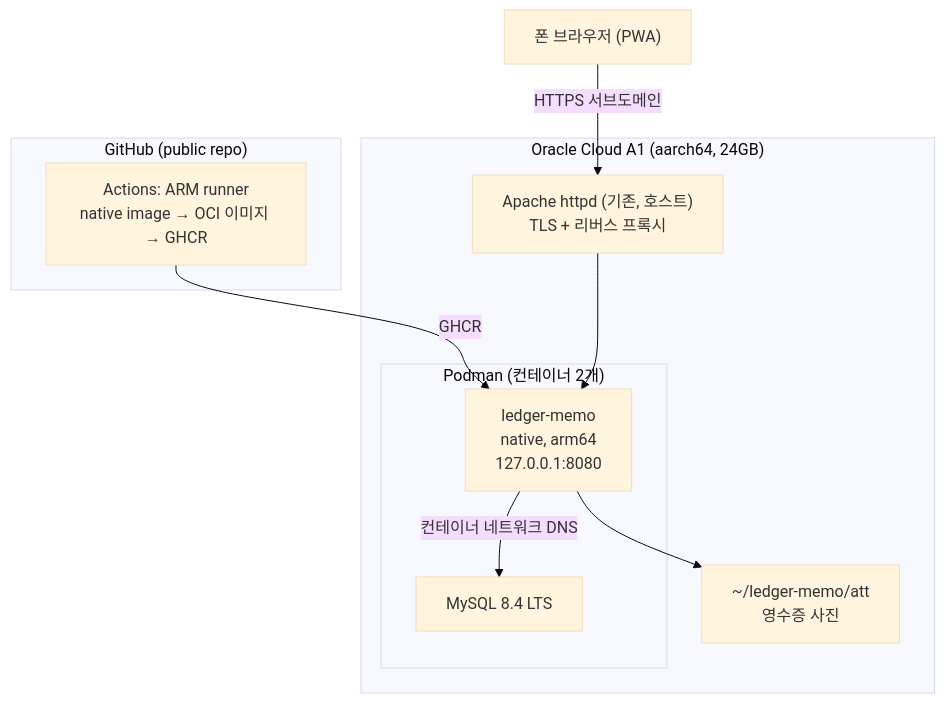
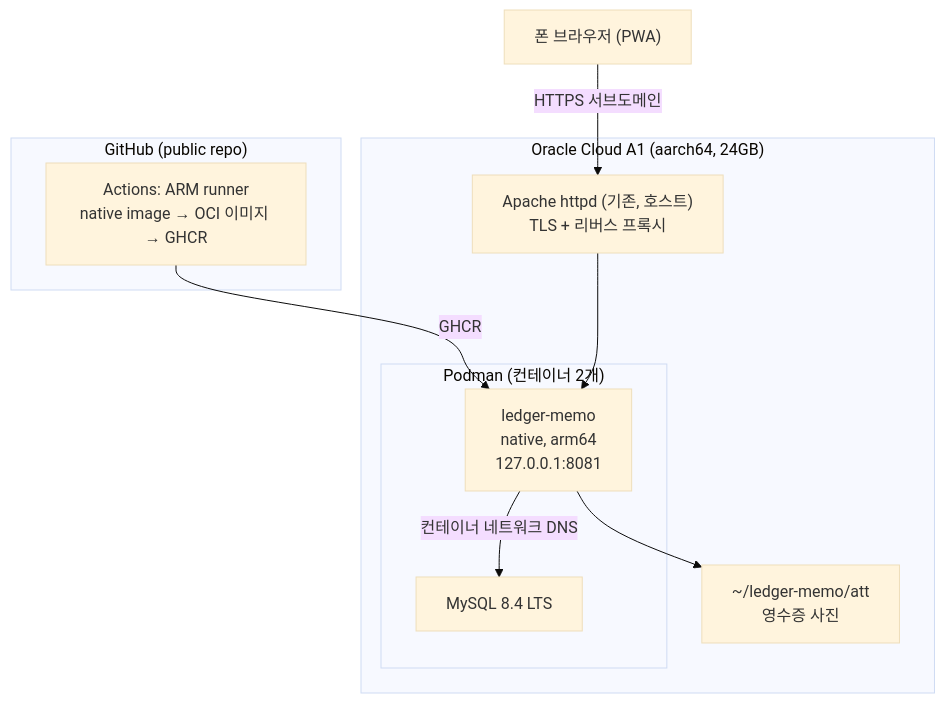
Before and after one commit to KENNYSOFT/ledger-memo: the second of 2 diagrams in DESIGN.md, drawn with Mermaid (base theme). The commit also changed other lines of this file and 1 other file, not shown here.

````diff
--- a/DESIGN.md
+++ b/DESIGN.md
@@ -278,19 +278,19 @@
 ```mermaid
 graph TB
     subgraph GH["GitHub (public repo)"]
         A["Actions: ARM runner<br/>native image → OCI 이미지 → GHCR"]
     end
     subgraph A1["Oracle Cloud A1 (aarch64, 24GB)"]
         H["Apache httpd (기존, 호스트)<br/>TLS + 리버스 프록시"]
         subgraph POD["Podman (컨테이너 2개)"]
-            APP["ledger-memo<br/>native, arm64<br/>127.0.0.1:8080"]
+            APP["ledger-memo<br/>native, arm64<br/>127.0.0.1:8081"]
             DB["MySQL 8.4 LTS"]
         end
         V["~/ledger-memo/att<br/>영수증 사진"]
     end
     A -- "GHCR" --> APP
     P["폰 브라우저 (PWA)"] -- "HTTPS 서브도메인" --> H
     H --> APP
     APP -- "컨테이너 네트워크 DNS" --> DB
     APP --> V
 ```
````
